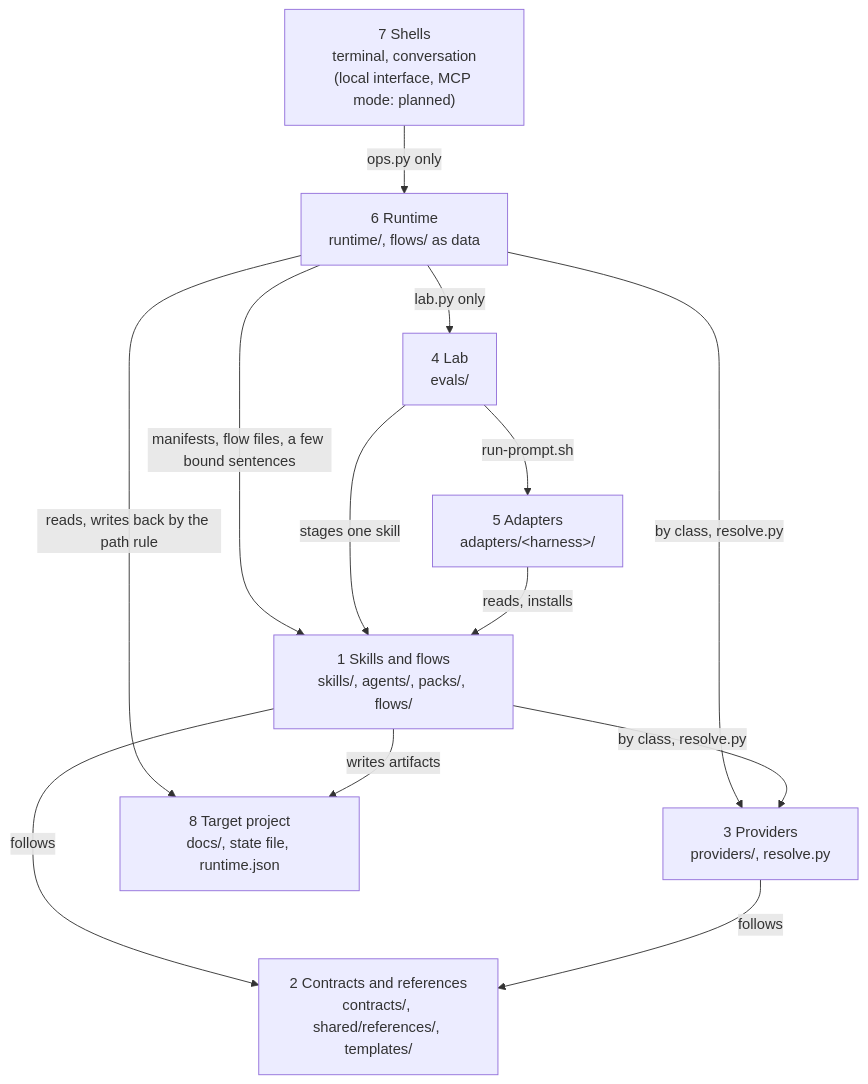
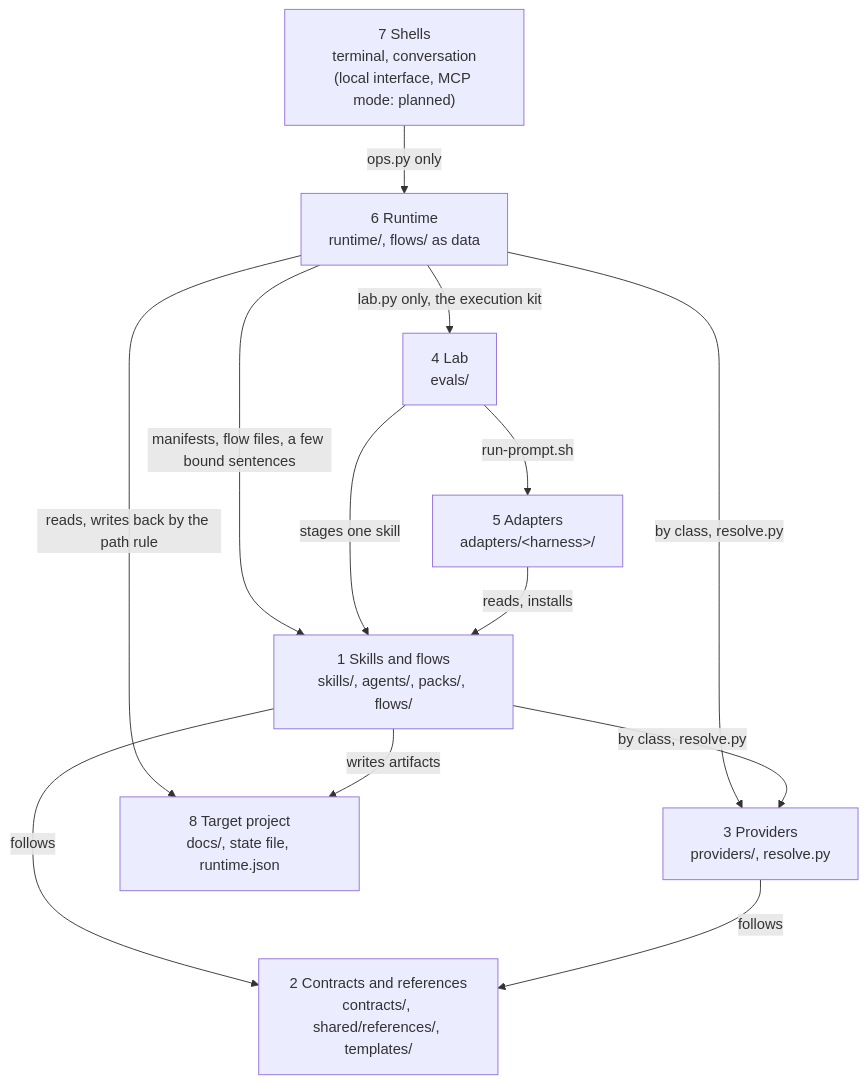
Before and after one commit to chrissgon/ai-workbench: the first of 2 diagrams in docs/architecture/platform/README.md, drawn with Mermaid. The commit also changed other lines of this file and 7 other files, not shown here.

Commit message:
docs(evals): the execution kit in the layout, the lab page, the runtime page and the review's status

````diff
--- a/docs/architecture/platform/README.md
+++ b/docs/architecture/platform/README.md
@@ -62,24 +62,24 @@
 ```mermaid
 flowchart TB
     L7["7 Shells<br/>terminal, conversation<br/>(local interface, MCP mode: planned)"]
     L6["6 Runtime<br/>runtime/, flows/ as data"]
     L5["5 Adapters<br/>adapters/&lt;harness&gt;/"]
     L4["4 Lab<br/>evals/"]
     L3["3 Providers<br/>providers/, resolve.py"]
     L2["2 Contracts and references<br/>contracts/, shared/references/, templates/"]
     L1["1 Skills and flows<br/>skills/, agents/, packs/, flows/"]
     L8["8 Target project<br/>docs/, state file, runtime.json"]
 
     L7 -->|"ops.py only"| L6
-    L6 -->|"lab.py only"| L4
+    L6 -->|"lab.py only, the execution kit"| L4
     L6 -->|"by class, resolve.py"| L3
     L6 -->|"manifests, flow files, a few bound sentences"| L1
     L6 -->|"reads, writes back by the path rule"| L8
     L4 -->|"stages one skill"| L1
     L4 -->|"run-prompt.sh"| L5
     L5 -->|"reads, installs"| L1
     L1 -->|"follows"| L2
     L3 -->|"follows"| L2
     L1 -->|"writes artifacts"| L8
     L1 -->|"by class, resolve.py"| L3
 ```
````
